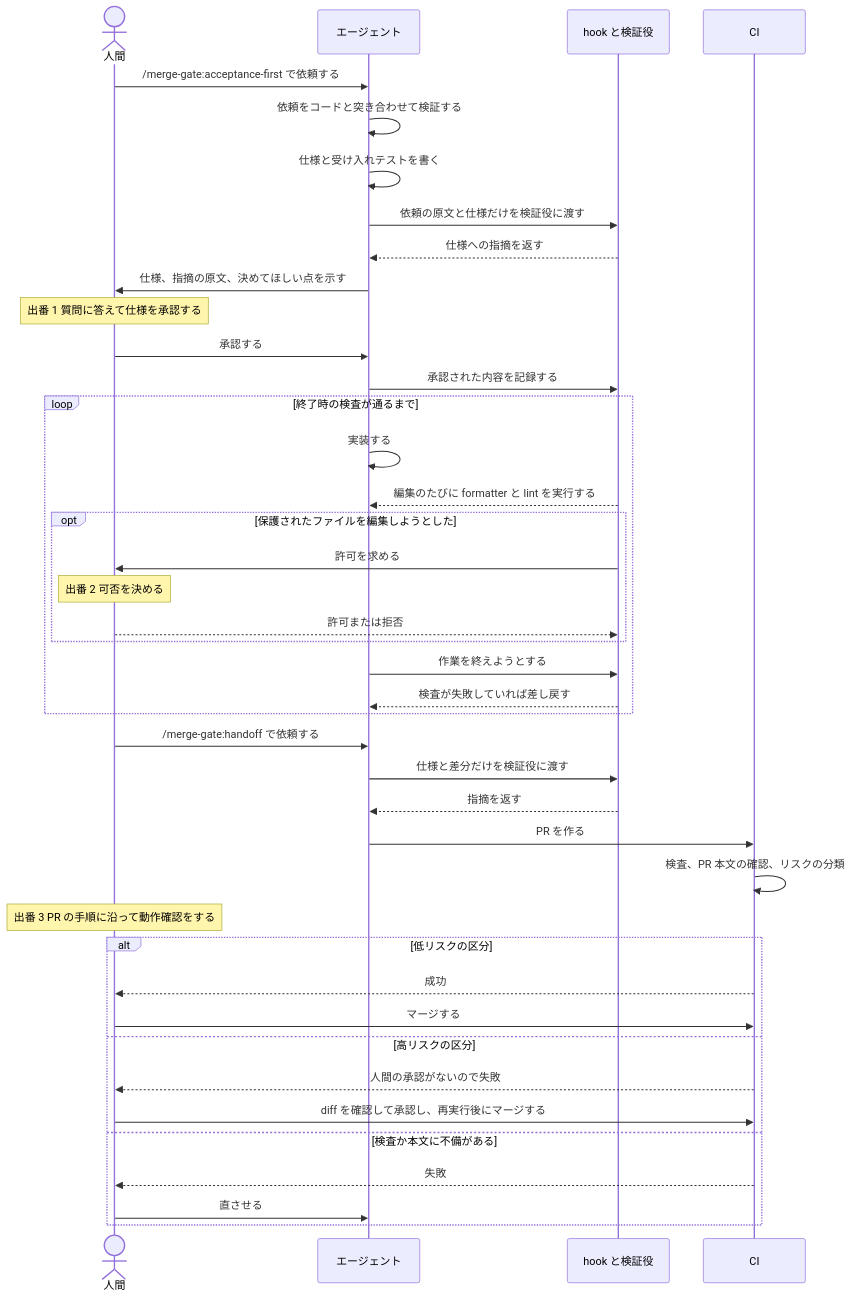
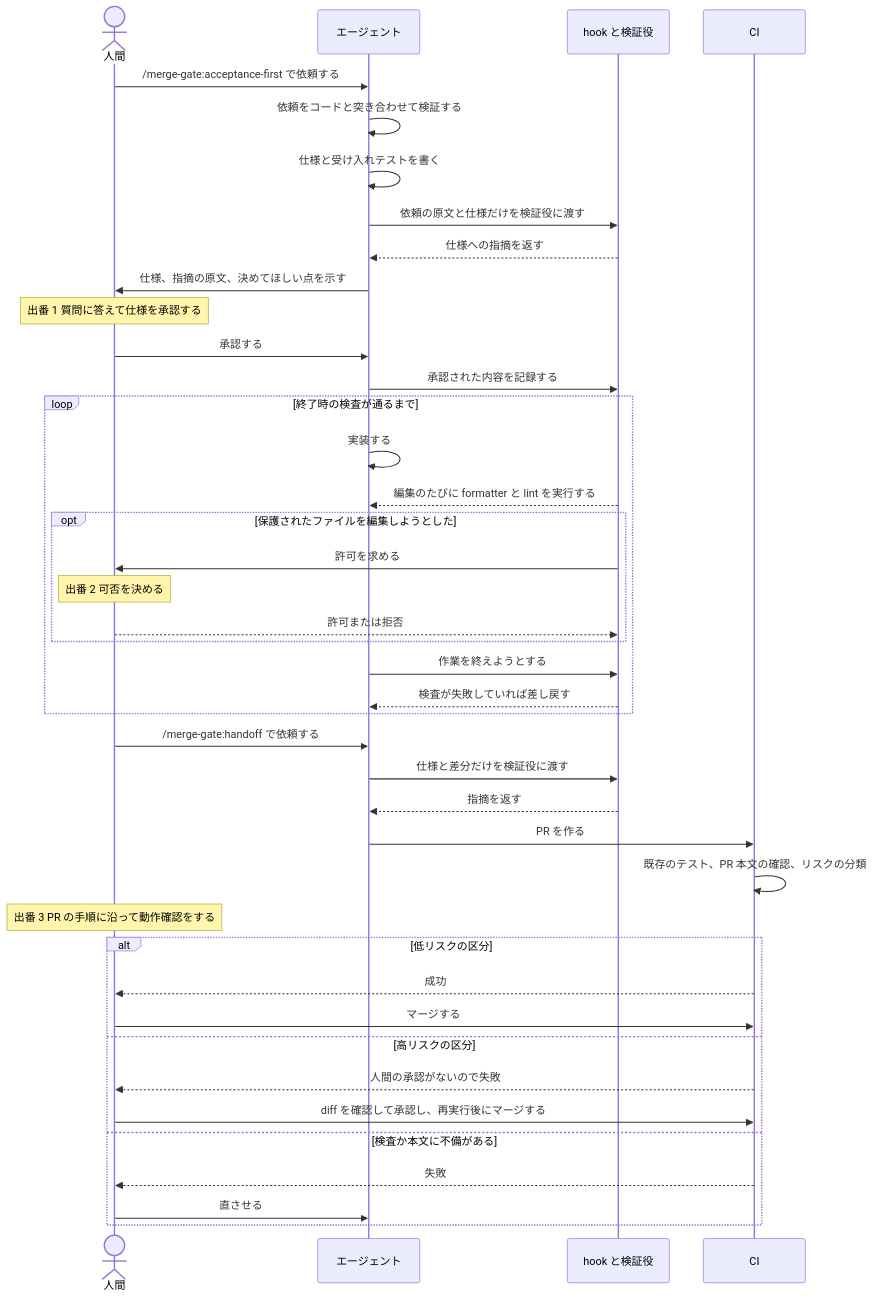
One commit to shoooout/merge-gate-harness changed the second of 2 diagrams in README.md. Above: the diagram before and after it, drawn with Mermaid. The commit also changed other lines of this file and 5 other files, not shown here.

````diff
--- a/README.md
+++ b/README.md
@@ -187,47 +207,47 @@
 ```mermaid
 sequenceDiagram
     actor H as 人間
     participant A as エージェント
     participant G as hook と検証役
     participant C as CI
 
     H->>A: /merge-gate:acceptance-first で依頼する
     A->>A: 依頼をコードと突き合わせて検証する
     A->>A: 仕様と受け入れテストを書く
     A->>G: 依頼の原文と仕様だけを検証役に渡す
     G-->>A: 仕様への指摘を返す
     A->>H: 仕様、指摘の原文、決めてほしい点を示す
     Note over H: 出番 1 質問に答えて仕様を承認する
     H->>A: 承認する
     A->>G: 承認された内容を記録する
 
     loop 終了時の検査が通るまで
         A->>A: 実装する
         G-->>A: 編集のたびに formatter と lint を実行する
         opt 保護されたファイルを編集しようとした
             G->>H: 許可を求める
             Note over H: 出番 2 可否を決める
             H-->>G: 許可または拒否
         end
         A->>G: 作業を終えようとする
         G-->>A: 検査が失敗していれば差し戻す
     end
 
     H->>A: /merge-gate:handoff で依頼する
     A->>G: 仕様と差分だけを検証役に渡す
     G-->>A: 指摘を返す
     A->>C: PR を作る
-    C->>C: 検査、PR 本文の確認、リスクの分類
+    C->>C: 既存のテスト、PR 本文の確認、リスクの分類
 
     Note over H: 出番 3 PR の手順に沿って動作確認をする
     alt 低リスクの区分
         C-->>H: 成功
         H->>C: マージする
     else 高リスクの区分
         C-->>H: 人間の承認がないので失敗
         H->>C: diff を確認して承認し、再実行後にマージする
     else 検査か本文に不備がある
         C-->>H: 失敗
         H->>A: 直させる
     end
 ```
````
